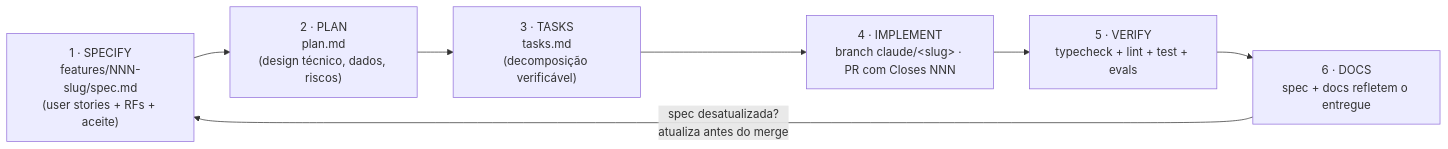
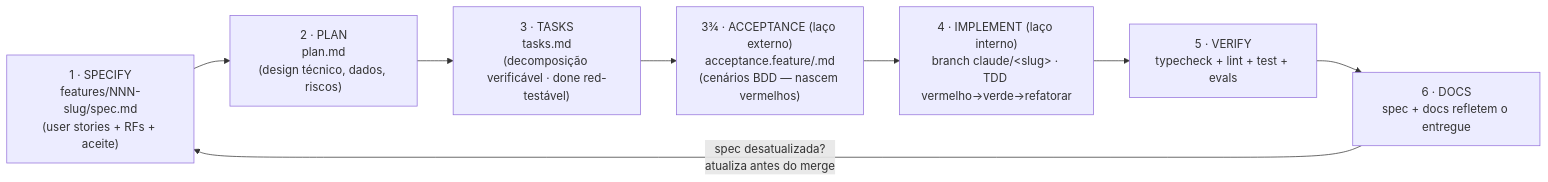
Before and after one commit to celfons/ai-first: the diagram in docs/sdd/README.md, drawn with Mermaid. The commit also changed other lines of this file and 36 other files, not shown here.

````diff
--- a/docs/sdd/README.md
+++ b/docs/sdd/README.md
@@ -25,12 +25,13 @@
 ```mermaid
 flowchart LR
   S["1 · SPECIFY<br/>features/NNN-slug/spec.md<br/>(user stories + RFs + aceite)"]
   P["2 · PLAN<br/>plan.md<br/>(design técnico, dados, riscos)"]
-  T["3 · TASKS<br/>tasks.md<br/>(decomposição verificável)"]
-  I["4 · IMPLEMENT<br/>branch claude/&lt;slug&gt; · PR com Closes NNN"]
+  T["3 · TASKS<br/>tasks.md<br/>(decomposição verificável · done red-testável)"]
+  A["3¾ · ACCEPTANCE (laço externo)<br/>acceptance.feature/.md<br/>(cenários BDD — nascem vermelhos)"]
+  I["4 · IMPLEMENT (laço interno)<br/>branch claude/&lt;slug&gt; · TDD vermelho→verde→refatorar"]
   V["5 · VERIFY<br/>typecheck + lint + test + evals"]
   D["6 · DOCS<br/>spec + docs refletem o entregue"]
 
-  S --> P --> T --> I --> V --> D
+  S --> P --> T --> A --> I --> V --> D
   D -->|"spec desatualizada?<br/>atualiza antes do merge"| S
 ```
````
